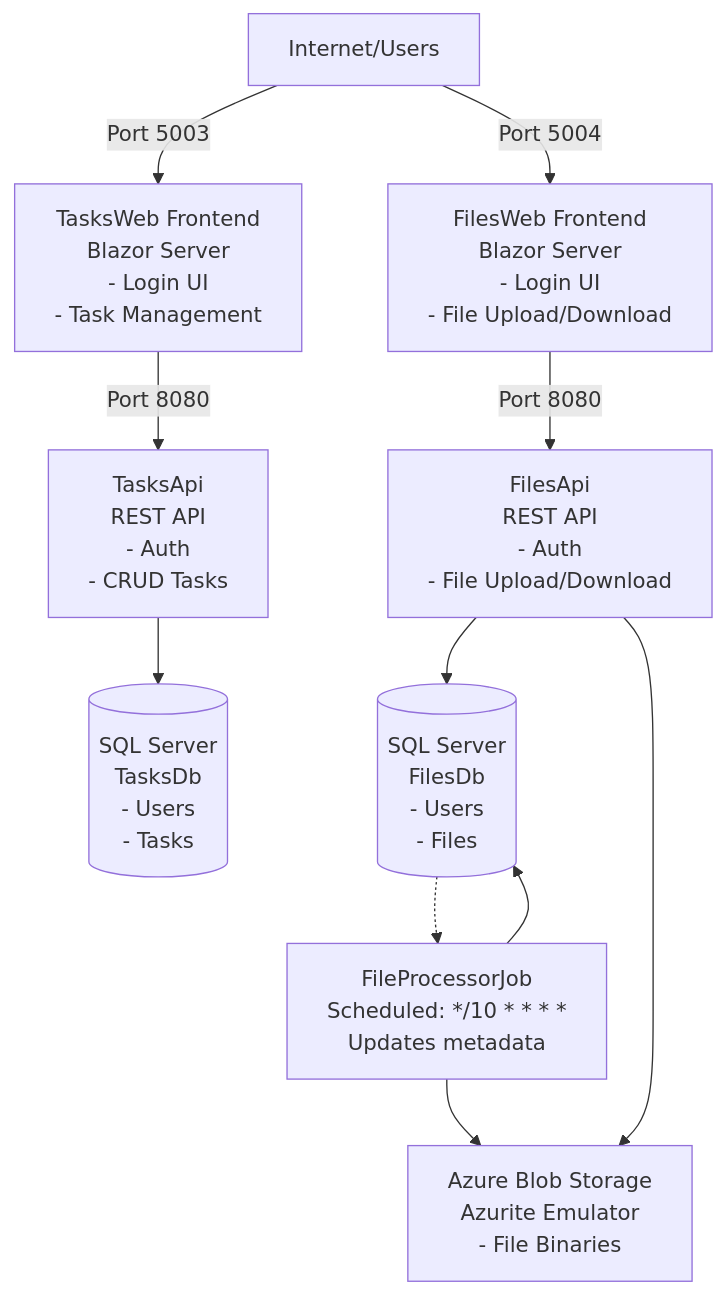
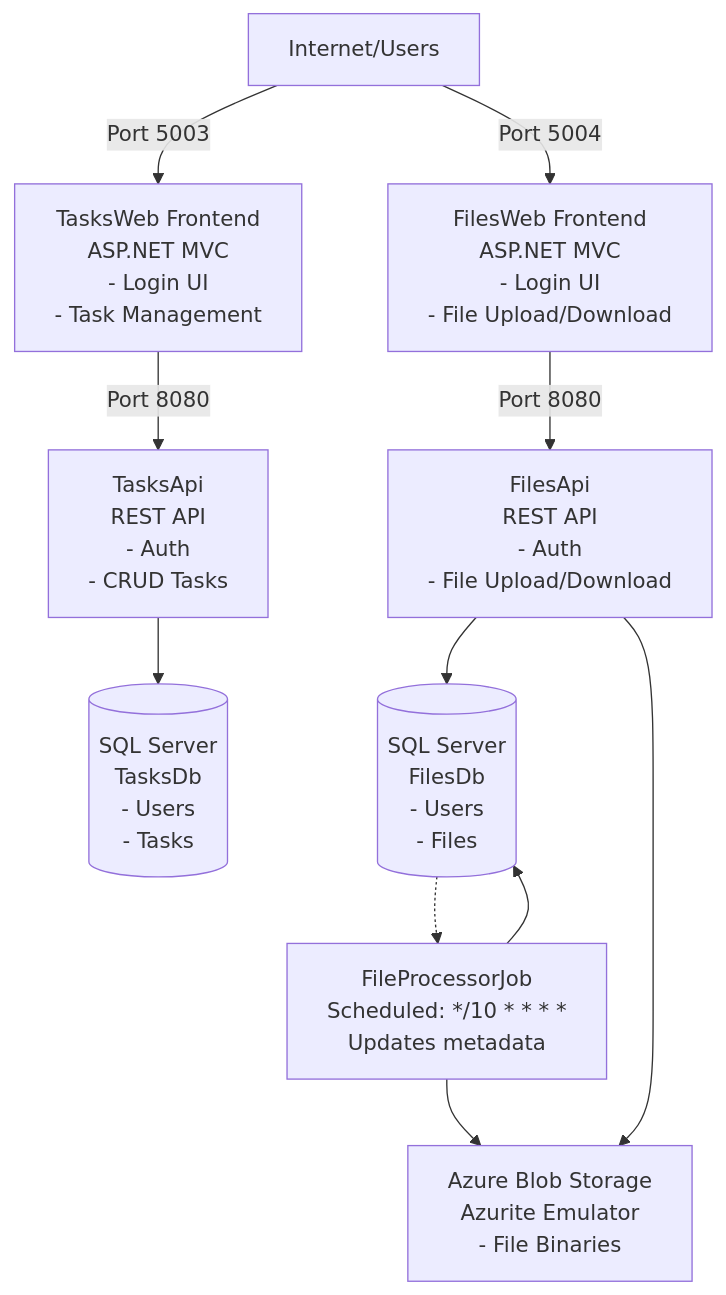
The first of 3 diagrams in ARCHITECTURE.md (xiillii/AzureContainerApp), drawn with Mermaid before and after one commit. The commit also changed other lines of this file and 3 other files, not shown here.

Commit message:
feat: update architecture documentation; change frontend technology from Blazor to ASP.NET MVC

````diff
--- a/ARCHITECTURE.md
+++ b/ARCHITECTURE.md
@@ -7,18 +7,18 @@
 ```mermaid
 graph TB
     Users[Internet/Users]
     
-    Users -->|Port 5003| TasksWeb[TasksWeb Frontend<br/>Blazor Server<br/>- Login UI<br/>- Task Management]
-    Users -->|Port 5004| FilesWeb[FilesWeb Frontend<br/>Blazor Server<br/>- Login UI<br/>- File Upload/Download]
+    Users -->|Port 5003| TasksWeb[TasksWeb Frontend<br/>ASP.NET MVC<br/>- Login UI<br/>- Task Management]
+    Users -->|Port 5004| FilesWeb[FilesWeb Frontend<br/>ASP.NET MVC<br/>- Login UI<br/>- File Upload/Download]
     
     TasksWeb -->|Port 8080| TasksApi[TasksApi<br/>REST API<br/>- Auth<br/>- CRUD Tasks]
     FilesWeb -->|Port 8080| FilesApi[FilesApi<br/>REST API<br/>- Auth<br/>- File Upload/Download]
     
     TasksApi --> TasksDb[(SQL Server<br/>TasksDb<br/>- Users<br/>- Tasks)]
     FilesApi --> FilesDb[(SQL Server<br/>FilesDb<br/>- Users<br/>- Files)]
     
     FilesDb -.-> FileJob[FileProcessorJob<br/>Scheduled: */10 * * * *<br/>Updates metadata]
     FileJob --> FilesDb
     FileJob --> BlobStorage[Azure Blob Storage<br/>Azurite Emulator<br/>- File Binaries]
     FilesApi --> BlobStorage
 ```
````
